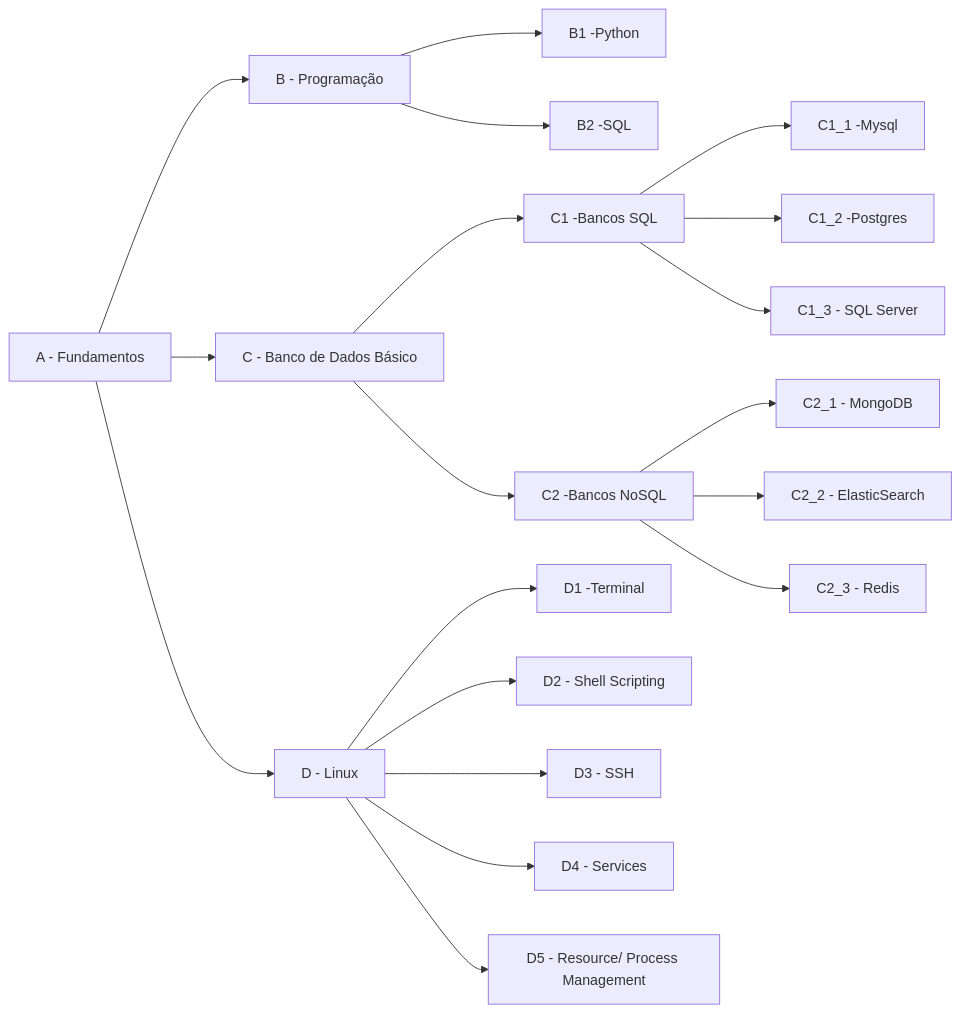
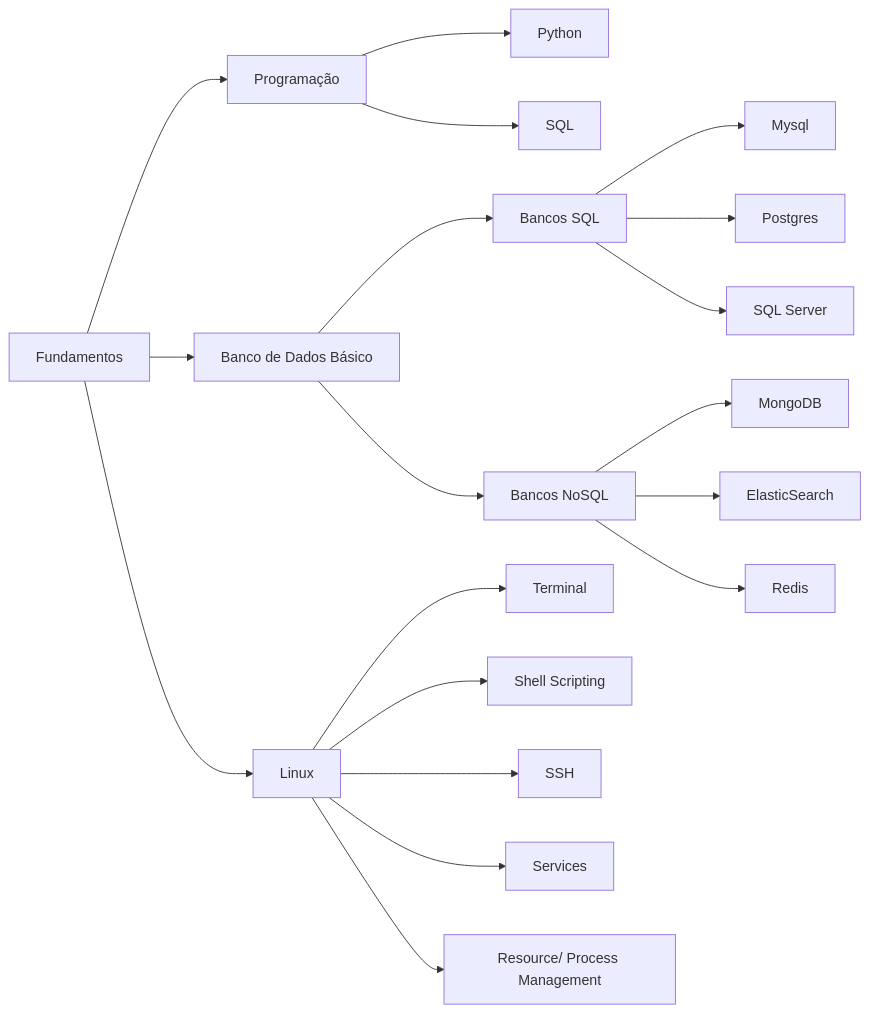
The first of 2 diagrams in index.md (engenharia-de-dados/dataeng), drawn with Mermaid before and after one commit. The commit also changed other lines of this file, not shown here.

Commit message:
fundamentos

````diff
--- a/index.md
+++ b/index.md
@@ -28,43 +7,43 @@
 ```mermaid
     graph LR
-        A[A - Fundamentos]
-        B[B - Programação]
-        B1[B1 -Python]
-        B2[B2 -SQL]
-        C[C - Banco de Dados Básico]
-        C1[C1 -Bancos SQL]
-        C1_1[C1_1 -Mysql]
-        C1_2[C1_2 -Postgres]
-        C1_3[C1_3 - SQL Server]
-        C2[C2 -Bancos NoSQL]
-        C2_1[C2_1 - MongoDB]
-        C2_2[C2_2 - ElasticSearch]
-        C2_3[C2_3 - Redis]
-        D[D - Linux]
-        D1[D1 -Terminal]
-        D2[D2 - Shell Scripting]
-        D3[D3 - SSH]
-        D4[D4 - Services]
-        D5[D5 - Resource/ Process Management]
+        A[Fundamentos]
+        B[Programação]
+        B1[Python]
+        B2[SQL]
+        C[Banco de Dados Básico]
+        C1[Bancos SQL]
+        C1_1[Mysql]
+        C1_2[Postgres]
+        C1_3[SQL Server]
+        C2[Bancos NoSQL]
+        C2_1[MongoDB]
+        C2_2[ElasticSearch]
+        C2_3[Redis]
+        D[Linux]
+        D1[Terminal]
+        D2[Shell Scripting]
+        D3[SSH]
+        D4[Services]
+        D5[Resource/ Process Management]
         A-->B
         A-->C
         A-->D
         B-->B1
         B-->B2
         C-->C1
         C-->C2
         D-->D1
         D-->D2
         D-->D3
         D-->D4
         D-->D5
         C1-->C1_1
         C1-->C1_2
         C1-->C1_3
         C2-->C2_1
         C2-->C2_2
         C2-->C2_3
   
        
       
 ```
````
